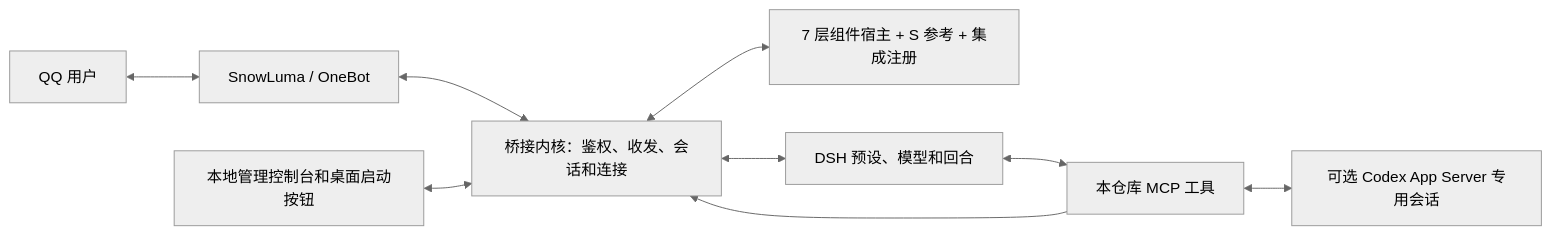
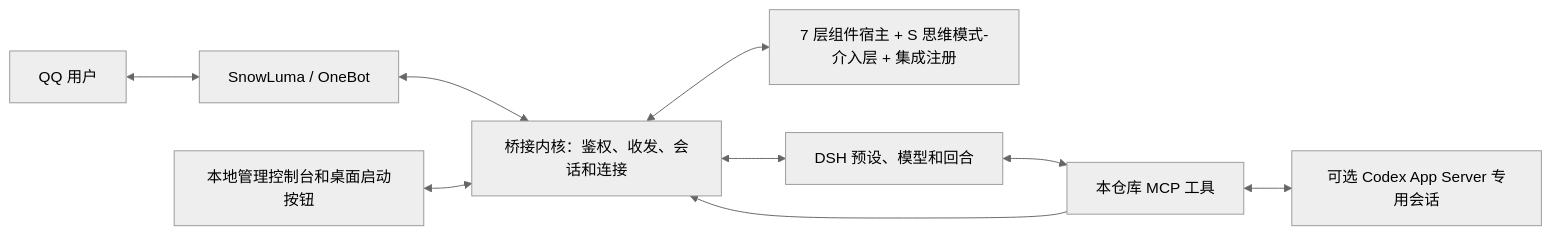
One commit to schrolemons/chat-harness-7-2-lays-for-a-AI-bot changed the diagram in README.md. Above: the diagram before and after it, drawn with Mermaid (neutral theme). The commit also changed other lines of this file and 53 other files, not shown here.

````diff
--- a/README.md
+++ b/README.md
@@ -29,11 +29,11 @@
 ```mermaid
 flowchart LR
   Q[QQ 用户] <--> S[SnowLuma / OneBot]
   S <--> B[桥接内核：鉴权、收发、会话和连接]
-  B <--> P[7 层组件宿主 + S 参考 + 集成注册]
+  B <--> P[7 层组件宿主 + S 思维模式-介入层 + 集成注册]
   B <--> D[DSH 预设、模型和回合]
   D <--> M[本仓库 MCP 工具]
   M --> B
   M <--> C[可选 Codex App Server 专用会话]
   U[本地管理控制台和桌面启动按钮] <--> B
 ```
````
